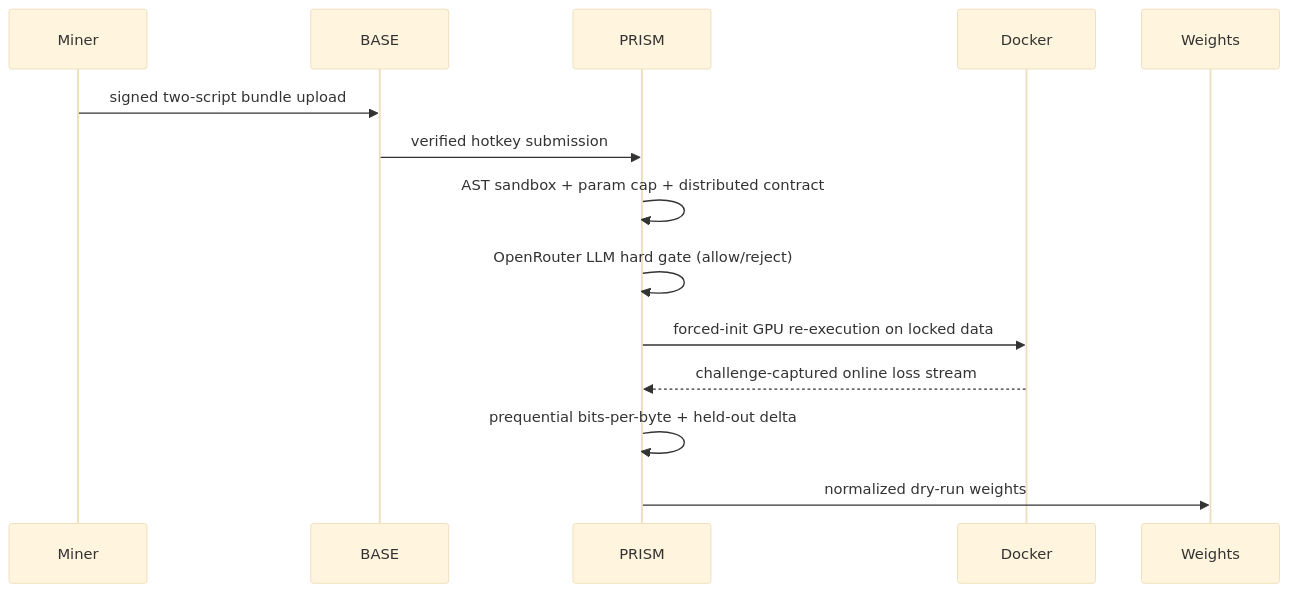
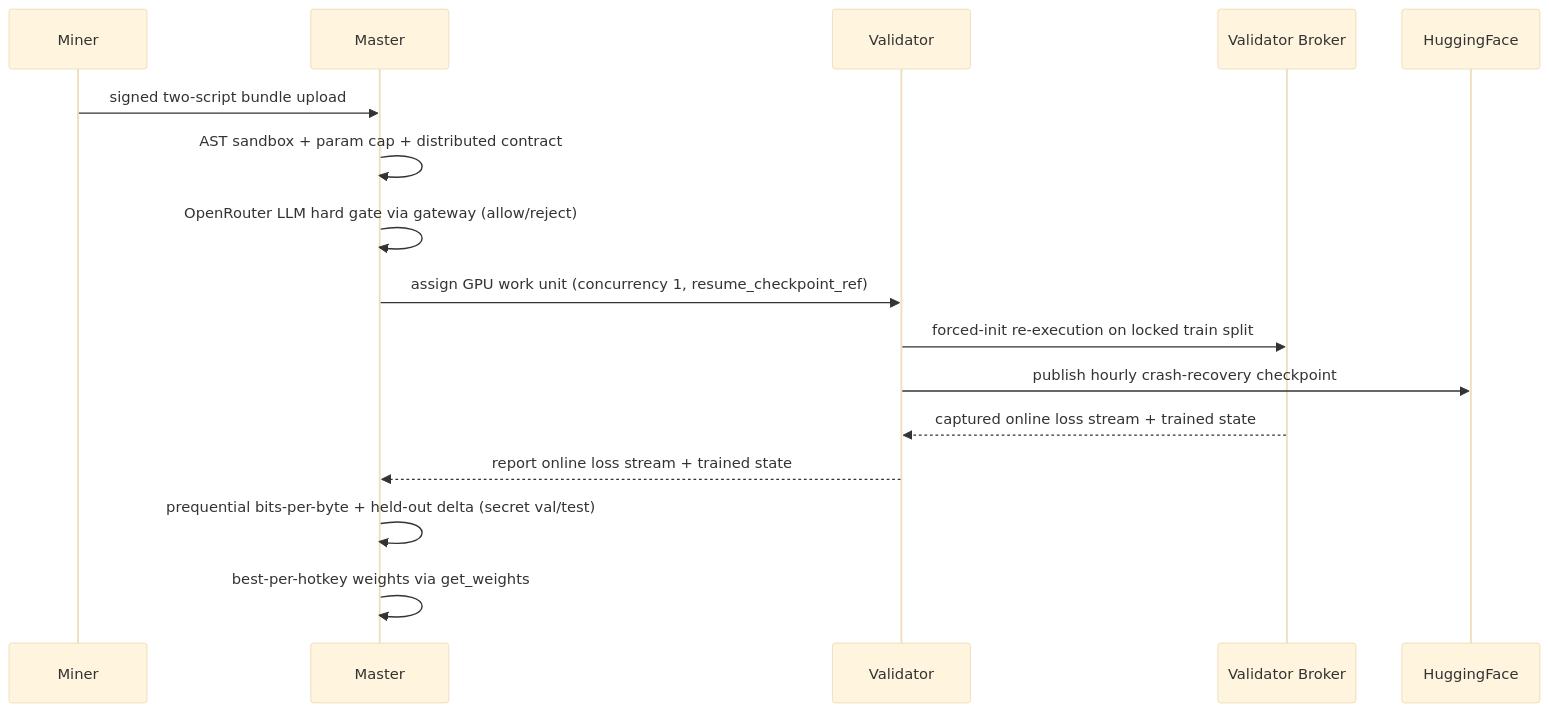
One commit to PlatformNetwork/prism changed the second of 2 diagrams in README.md. Above: the diagram before and after it, drawn with Mermaid (base theme). The commit also changed other lines of this file, not shown here.

Commit message:
docs: update README for decentralized prism evaluation and HF checkpoint recovery

````diff
--- a/README.md
+++ b/README.md
@@ -106,16 +126,18 @@
 ```mermaid
 sequenceDiagram
     participant M as Miner
-    participant P as BASE
-    participant R as PRISM
-    participant D as Docker
-    participant W as Weights
-    M->>P: signed two-script bundle upload
-    P->>R: verified hotkey submission
-    R->>R: AST sandbox + param cap + distributed contract
-    R->>R: OpenRouter LLM hard gate (allow/reject)
-    R->>D: forced-init GPU re-execution on locked data
-    D-->>R: challenge-captured online loss stream
-    R->>R: prequential bits-per-byte + held-out delta
-    R->>W: normalized dry-run weights
+    participant Mst as Master
+    participant V as Validator
+    participant D as Validator Broker
+    participant HF as HuggingFace
+    M->>Mst: signed two-script bundle upload
+    Mst->>Mst: AST sandbox + param cap + distributed contract
+    Mst->>Mst: OpenRouter LLM hard gate via gateway (allow/reject)
+    Mst->>V: assign GPU work unit (concurrency 1, resume_checkpoint_ref)
+    V->>D: forced-init re-execution on locked train split
+    V->>HF: publish hourly crash-recovery checkpoint
+    D-->>V: captured online loss stream + trained state
+    V-->>Mst: report online loss stream + trained state
+    Mst->>Mst: prequential bits-per-byte + held-out delta (secret val/test)
+    Mst->>Mst: best-per-hotkey weights via get_weights
 ```
````
